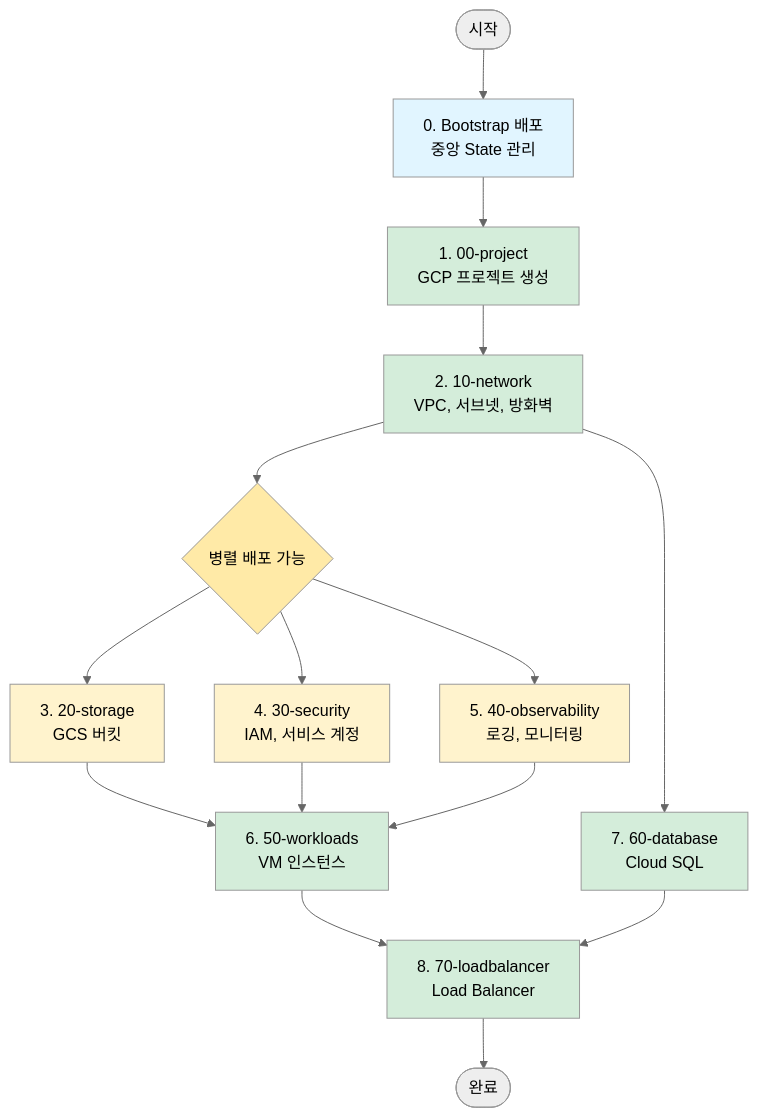
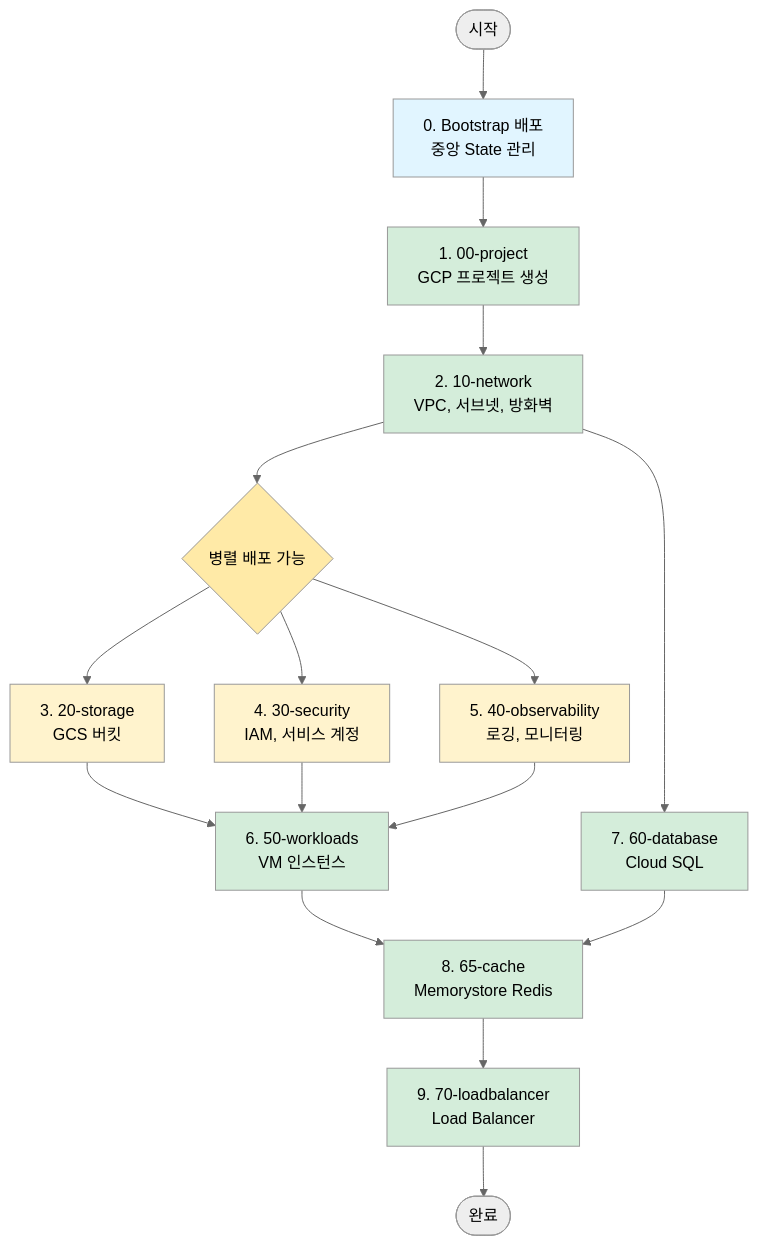
One commit to JSJ2337/GCP_terraform_code changed the third of 9 diagrams in terraform_gcp_infra/ARCHITECTURE.md. Above: the diagram before and after it, drawn with Mermaid (neutral theme). The commit also changed other lines of this file and 17 other files, not shown here.

Commit message:
feat: add memorystore redis template

````diff
--- a/terraform_gcp_infra/ARCHITECTURE.md
+++ b/terraform_gcp_infra/ARCHITECTURE.md
@@ -137,35 +145,37 @@
 ```mermaid
 graph TD
     START([시작]) --> B[0. Bootstrap 배포<br/>중앙 State 관리]
 
     B --> E0[1. 00-project<br/>GCP 프로젝트 생성]
 
     E0 --> E1[2. 10-network<br/>VPC, 서브넷, 방화벽]
 
     E1 --> PARALLEL{병렬 배포 가능}
 
     PARALLEL --> E2[3. 20-storage<br/>GCS 버킷]
     PARALLEL --> E3[4. 30-security<br/>IAM, 서비스 계정]
     PARALLEL --> E4[5. 40-observability<br/>로깅, 모니터링]
 
     E2 --> E5[6. 50-workloads<br/>VM 인스턴스]
     E3 --> E5
     E4 --> E5
     E1 --> E6[7. 60-database<br/>Cloud SQL]
 
-    E5 --> E7[8. 70-loadbalancer<br/>Load Balancer]
+    E5 --> E7[8. 65-cache<br/>Memorystore Redis]
     E6 --> E7
+    E7 --> E8[9. 70-loadbalancer<br/>Load Balancer]
 
-    E7 --> END([완료])
+    E8 --> END([완료])
 
     style B fill:#e1f5ff
     style E0 fill:#d4edda
     style E1 fill:#d4edda
     style E2 fill:#fff3cd
     style E3 fill:#fff3cd
     style E4 fill:#fff3cd
     style E5 fill:#d4edda
     style E6 fill:#d4edda
     style E7 fill:#d4edda
+    style E8 fill:#d4edda
     style PARALLEL fill:#ffeaa7
 ```
````
